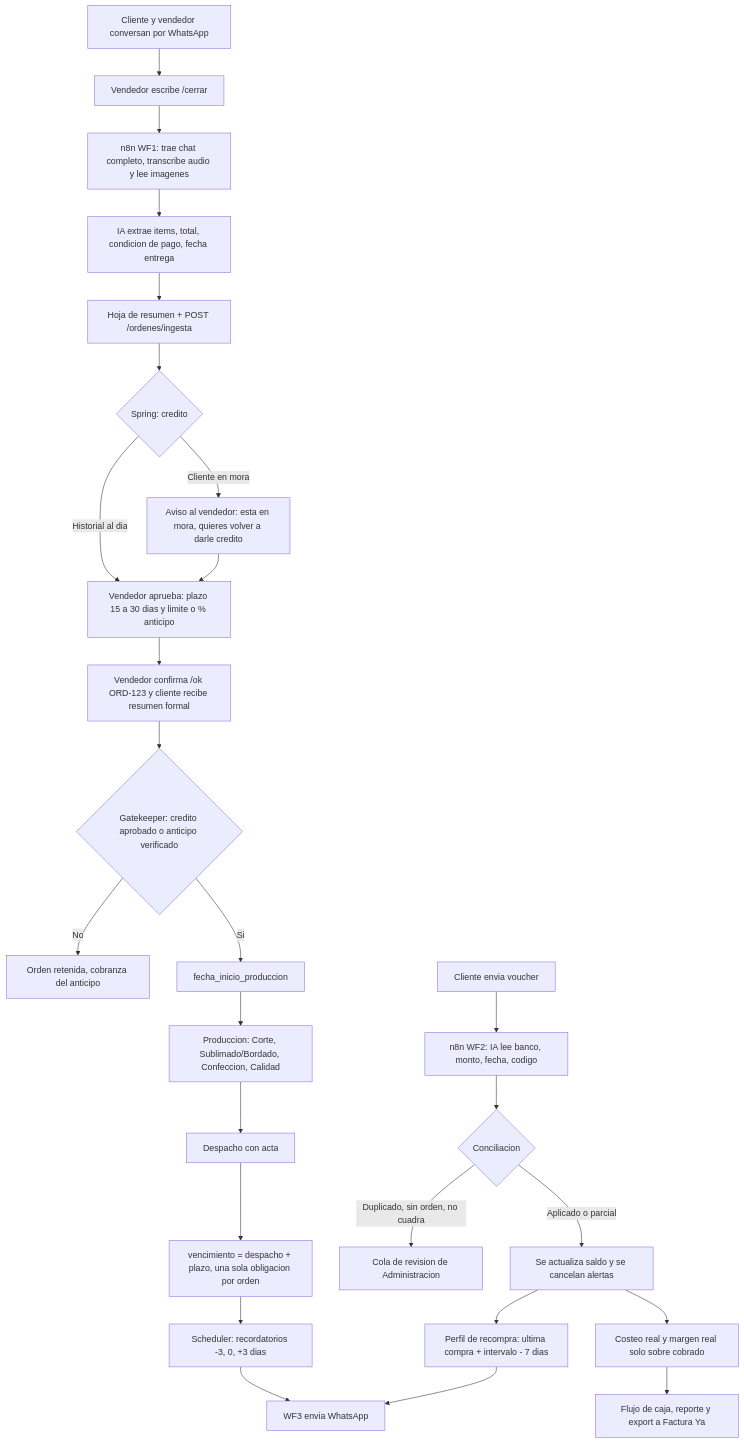
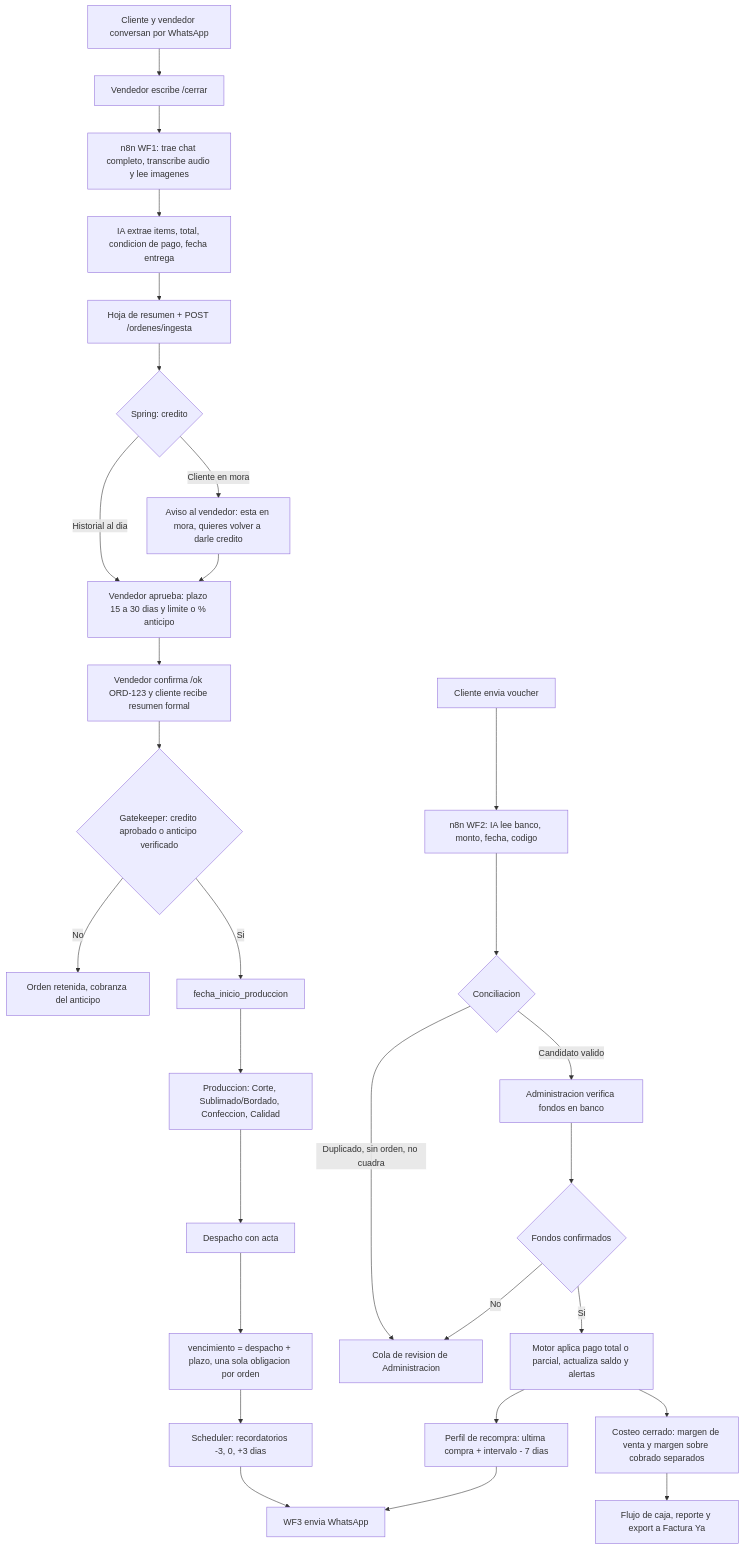
Before and after one commit to rod14x/KeptAI: the first of 2 diagrams in cerebro/conocimientos/decisiones/actores-flujos-y-der-mvp.md, drawn with Mermaid. The commit also changed other lines of this file and 131 other files, not shown here.

````diff
--- a/cerebro/conocimientos/decisiones/actores-flujos-y-der-mvp.md
+++ b/cerebro/conocimientos/decisiones/actores-flujos-y-der-mvp.md
@@ -31,28 +33,31 @@
 ```mermaid
 flowchart TD
   A[Cliente y vendedor conversan por WhatsApp] --> B[Vendedor escribe /cerrar]
   B --> C[n8n WF1: trae chat completo, transcribe audio y lee imagenes]
   C --> D[IA extrae items, total, condicion de pago, fecha entrega]
   D --> E[Hoja de resumen + POST /ordenes/ingesta]
   E --> F{Spring: credito}
   F -->|Cliente en mora| G[Aviso al vendedor: esta en mora, quieres volver a darle credito]
   F -->|Historial al dia| H[Vendedor aprueba: plazo 15 a 30 dias y limite o % anticipo]
   G --> H
   H --> I[Vendedor confirma /ok ORD-123 y cliente recibe resumen formal]
   I --> J{Gatekeeper: credito aprobado o anticipo verificado}
   J -->|No| K[Orden retenida, cobranza del anticipo]
   J -->|Si| L[fecha_inicio_produccion]
   L --> M[Produccion: Corte, Sublimado/Bordado, Confeccion, Calidad]
   M --> N[Despacho con acta]
   N --> O[vencimiento = despacho + plazo, una sola obligacion por orden]
   O --> P[Scheduler: recordatorios -3, 0, +3 dias]
   P --> Q[WF3 envia WhatsApp]
   R[Cliente envia voucher] --> S[n8n WF2: IA lee banco, monto, fecha, codigo]
   S --> T{Conciliacion}
   T -->|Duplicado, sin orden, no cuadra| U[Cola de revision de Administracion]
-  T -->|Aplicado o parcial| V[Se actualiza saldo y se cancelan alertas]
-  V --> W[Costeo real y margen real solo sobre cobrado]
+  T -->|Candidato valido| QA[Administracion verifica fondos en banco]
+  QA --> QV{Fondos confirmados}
+  QV -->|No| U
+  QV -->|Si| V[Motor aplica pago total o parcial, actualiza saldo y alertas]
+  V --> W[Costeo cerrado: margen de venta y margen sobre cobrado separados]
   W --> X[Flujo de caja, reporte y export a Factura Ya]
   V --> Y[Perfil de recompra: ultima compra + intervalo - 7 dias]
   Y --> Q
 ```
````
